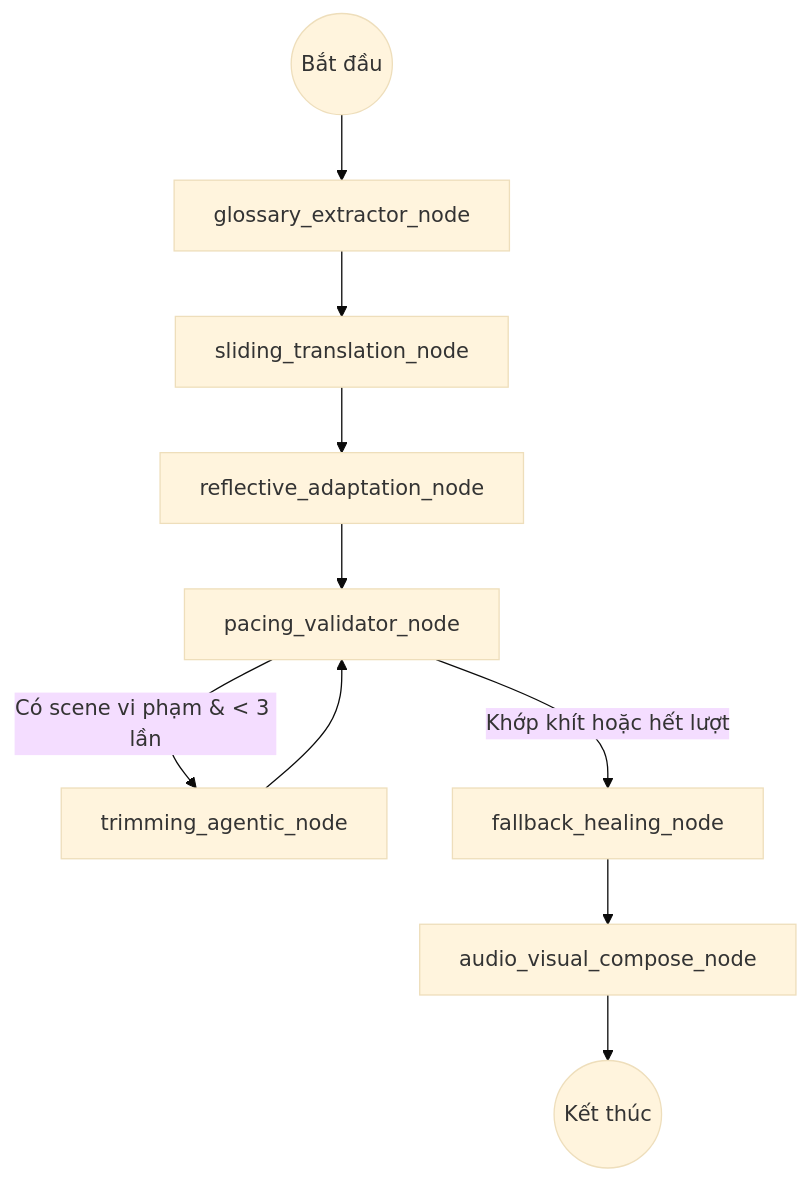
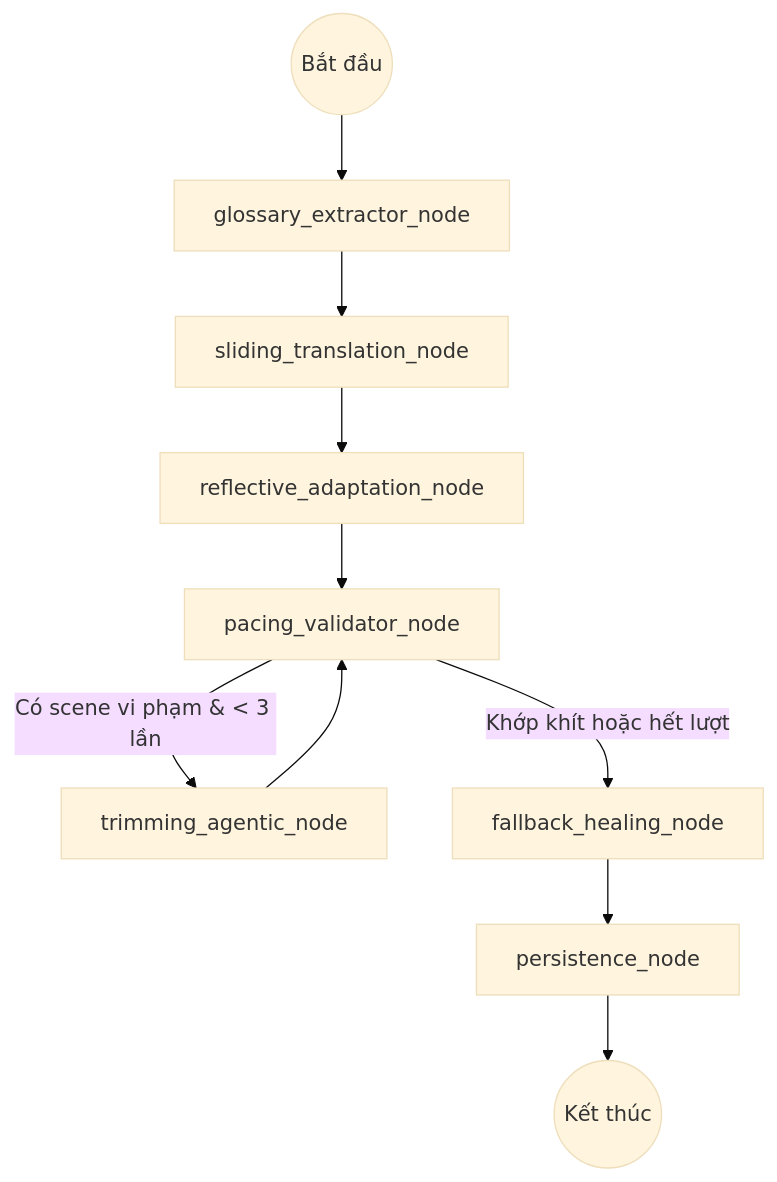
The diagram in docs/translify/6_AGENTIC_WORKFLOW_PLAN.md (lupca/marketing-video-agent), drawn with Mermaid (base theme) before and after one commit. The commit also changed other lines of this file and 3 other files, not shown here.

````diff
--- a/docs/translify/6_AGENTIC_WORKFLOW_PLAN.md
+++ b/docs/translify/6_AGENTIC_WORKFLOW_PLAN.md
@@ -42,14 +44,14 @@
 ```mermaid
 graph TD
     START((Bắt đầu)) --> EXTRACT_GLOSSARY[glossary_extractor_node]
     EXTRACT_GLOSSARY --> TRANSLATE[sliding_translation_node]
     TRANSLATE --> REFINE[reflective_adaptation_node]
     REFINE --> VALIDATE[pacing_validator_node]
     
     VALIDATE -- Có scene vi phạm & < 3 lần --> TRIM_AGENT[trimming_agentic_node]
     TRIM_AGENT --> VALIDATE
     
     VALIDATE -- Khớp khít hoặc hết lượt --> HEALING[fallback_healing_node]
-    HEALING --> COMPOSE[audio_visual_compose_node]
-    COMPOSE --> END((Kết thúc))
+    HEALING --> PERSIST[persistence_node]
+    PERSIST --> END((Kết thúc))
 ```
````
